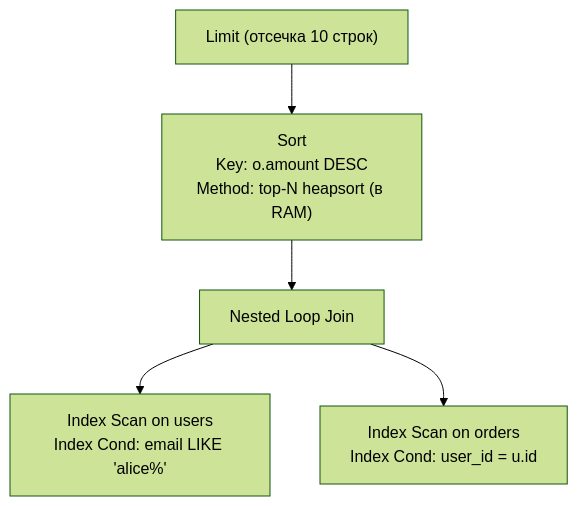
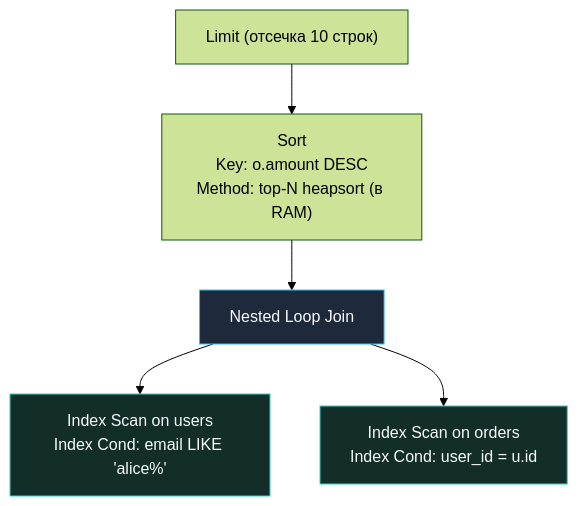
Before and after one commit to UnrealTemplier/go-textbook: the second of 2 diagrams in sources/12. Базы данных/04. Индексы и производительность/10. План выполнения запроса. EXPLAIN.md, drawn with Mermaid (forest theme). The commit also changed other lines of this file and 1666 other files, not shown here.

First line of the commit message:
feat(mermaid): add semantic color classDef to 1369 colorless flowchart/graph diagrams

````diff
--- a/sources/12. Базы данных/04. Индексы и производительность/10. План выполнения запроса. EXPLAIN.md
+++ b/sources/12. Базы данных/04. Индексы и производительность/10. План выполнения запроса. EXPLAIN.md
@@ -145,13 +155,23 @@
 ```mermaid
 flowchart TD
+    classDef process  fill:#1e293b,stroke:#38bdf8,stroke-width:1px,color:#f8fafc
+    classDef success  fill:#064e3b,stroke:#34d399,stroke-width:1px,color:#f8fafc
+    classDef error    fill:#7f1d1d,stroke:#f87171,stroke-width:1px,color:#f8fafc
+    classDef warning  fill:#78350f,stroke:#fbbf24,stroke-width:1px,color:#f8fafc
+    classDef entry    fill:#1e3a5f,stroke:#38bdf8,stroke-width:2px,color:#f8fafc
+    classDef aux      fill:#334155,stroke:#64748b,stroke-width:1px,color:#f8fafc
+    classDef system   fill:#312e81,stroke:#a78bfa,stroke-width:1px,color:#f8fafc
+    classDef data     fill:#132d29,stroke:#2dd4bf,stroke-width:1px,color:#f8fafc
+    classDef network  fill:#881337,stroke:#fb7185,stroke-width:1px,color:#f8fafc
+    classDef accent   fill:#1e1b4b,stroke:#818cf8,stroke-width:1px,color:#f8fafc
     Limit["Limit (отсечка 10 строк)"]
     Sort["Sort<br>Key: o.amount DESC<br>Method: top-N heapsort (в RAM)"]
-    NestedLoop["Nested Loop Join"]
-    IndexScanUsers["Index Scan on users<br>Index Cond: email LIKE 'alice%'"]
-    IndexScanOrders["Index Scan on orders<br>Index Cond: user_id = u.id"]
+    NestedLoop["Nested Loop Join"]:::process
+    IndexScanUsers["Index Scan on users<br>Index Cond: email LIKE 'alice%'"]:::data
+    IndexScanOrders["Index Scan on orders<br>Index Cond: user_id = u.id"]:::data
 
     Limit --> Sort
     Sort --> NestedLoop
     NestedLoop --> IndexScanUsers
     NestedLoop --> IndexScanOrders
 ```
````
